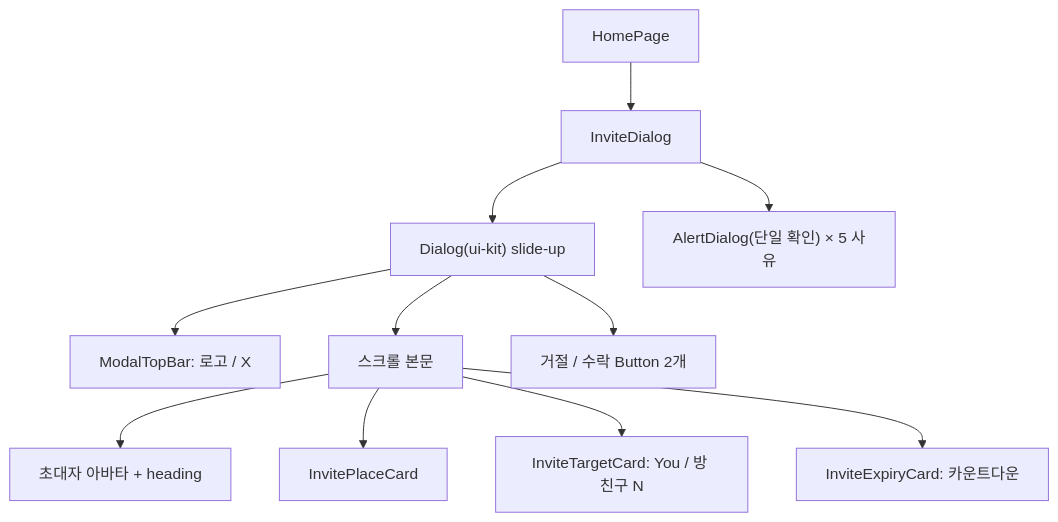
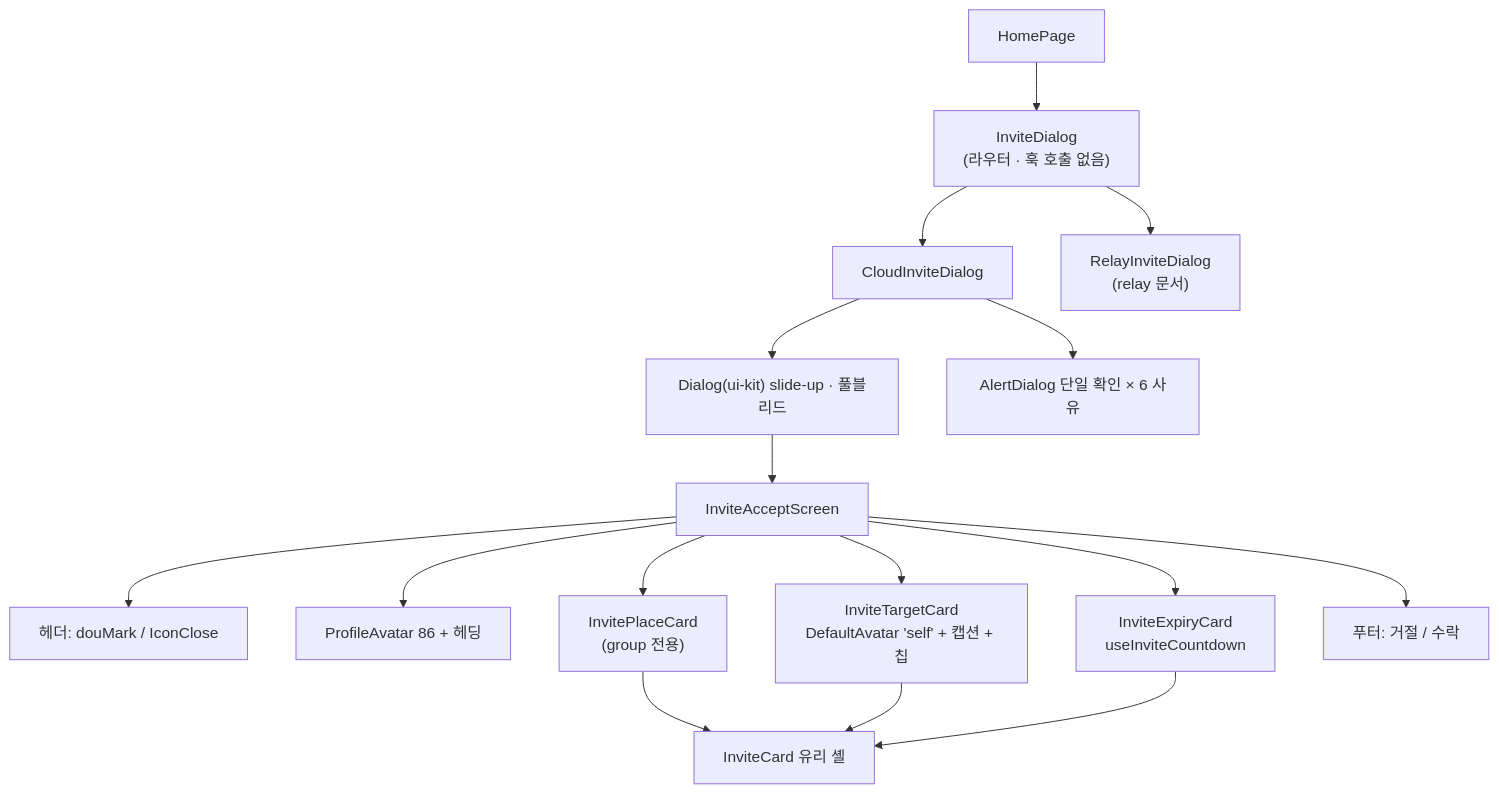
Before and after one commit to lemoncloud-io/dou-app: the third of 4 diagrams in apps/web/docs/feature/home/invite-accept.md, drawn with Mermaid. The commit also changed other lines of this file and 2 other files, not shown here.

First line of the commit message:
docs(adr): record the group and 1:1 invite accept variants

````diff
--- a/apps/web/docs/feature/home/invite-accept.md
+++ b/apps/web/docs/feature/home/invite-accept.md
@@ -84,13 +163,18 @@
 ```mermaid
 flowchart TD
-    HomePage --> InviteDialog
-    InviteDialog --> Dialog["Dialog(ui-kit) slide-up"]
-    Dialog --> ModalTopBar["ModalTopBar: 로고 / X"]
-    Dialog --> Body[스크롤 본문]
-    Body --> Head[초대자 아바타 + heading]
-    Body --> PlaceCard[InvitePlaceCard]
-    Body --> TargetCard[InviteTargetCard: You / 방 친구 N]
-    Body --> ExpiryCard[InviteExpiryCard: 카운트다운]
-    Dialog --> Footer[거절 / 수락 Button 2개]
-    InviteDialog --> Alert["AlertDialog(단일 확인) × 5 사유"]
+    HomePage --> InviteDialog["InviteDialog<br/>(라우터 · 훅 호출 없음)"]
+    InviteDialog --> CloudInviteDialog
+    InviteDialog --> RelayInviteDialog["RelayInviteDialog<br/>(relay 문서)"]
+    CloudInviteDialog --> Dialog["Dialog(ui-kit) slide-up · 풀블리드"]
+    CloudInviteDialog --> Alert["AlertDialog 단일 확인 × 6 사유"]
+    Dialog --> Screen[InviteAcceptScreen]
+    Screen --> Head["헤더: douMark / IconClose"]
+    Screen --> Hero["ProfileAvatar 86 + 헤딩"]
+    Screen --> PlaceCard["InvitePlaceCard<br/>(group 전용)"]
+    Screen --> TargetCard["InviteTargetCard<br/>DefaultAvatar 'self' + 캡션 + 칩"]
+    Screen --> ExpiryCard["InviteExpiryCard<br/>useInviteCountdown"]
+    Screen --> Footer["푸터: 거절 / 수락"]
+    PlaceCard --> IC[InviteCard 유리 셸]
+    TargetCard --> IC
+    ExpiryCard --> IC
 ```
````
